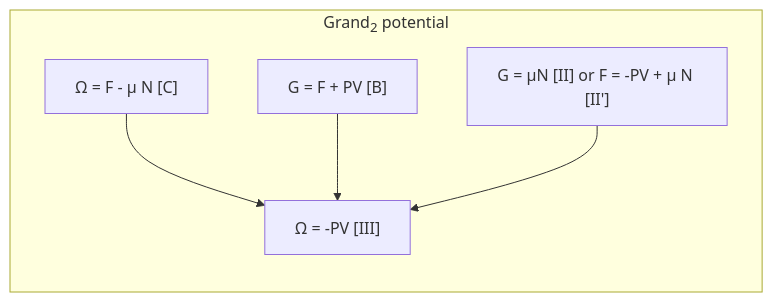
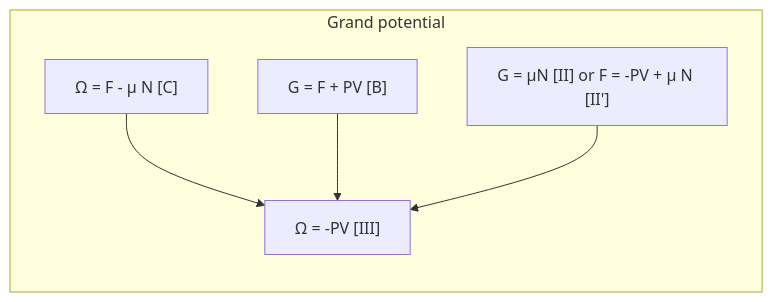
The diagram in grand_canonical.md (yamato97/science), drawn with Mermaid before and after one commit. The commit also changed 1 other file, not shown here.

````diff
--- a/grand_canonical.md
+++ b/grand_canonical.md
@@ -9,9 +9,9 @@
 ```mermaid
 graph LR
-subgraph "Grand<sub>2</sub> potential"
+subgraph "Grand potential"
 EC["&Omega; = F - &mu; N [C]"]-->EIII["&Omega; = -PV [III]"]
 EB["G = F + PV [B]"]-->EIII
 EIIdash["G = &mu;N [II] or F = -PV + &mu; N [II']"]-->EIII
 end
 
 ```
````
